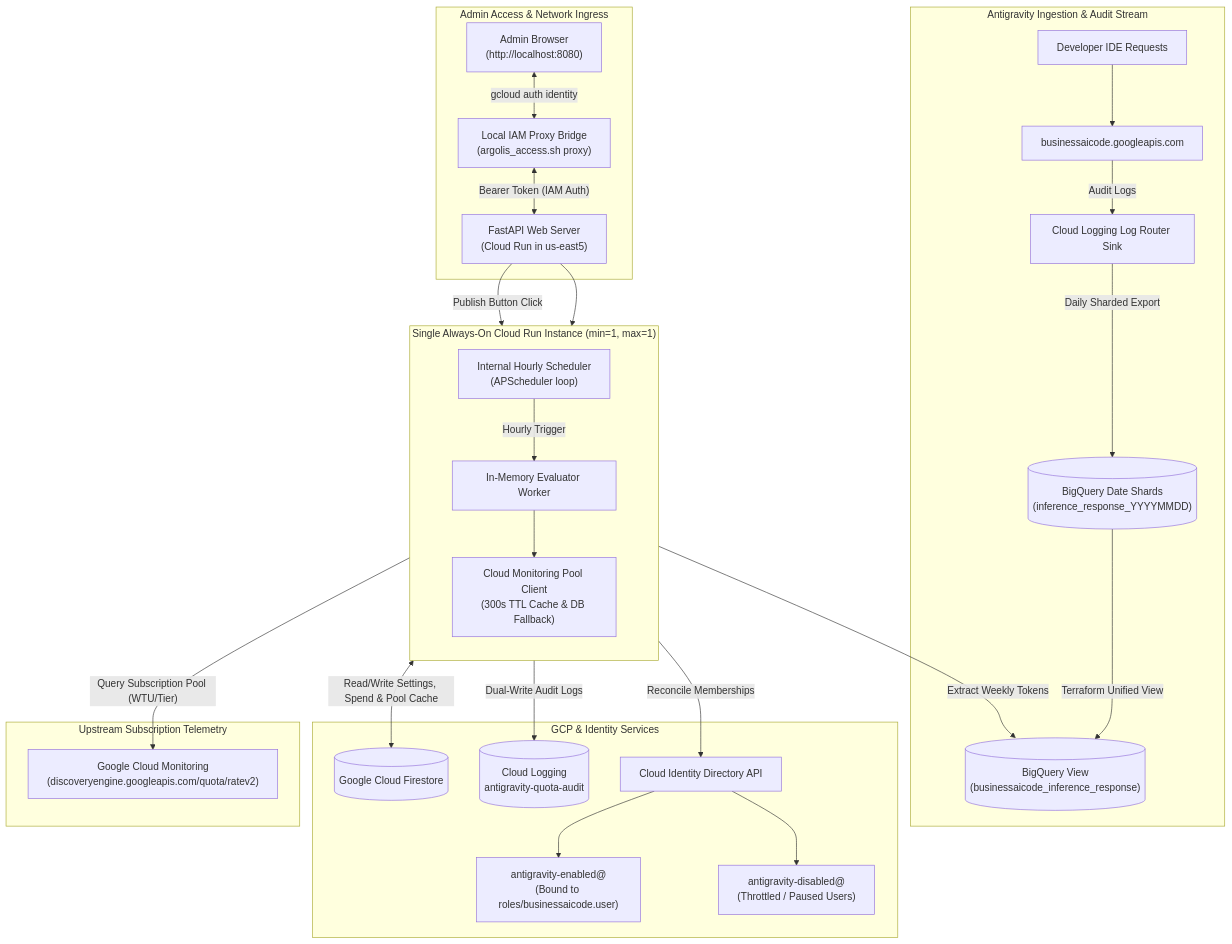
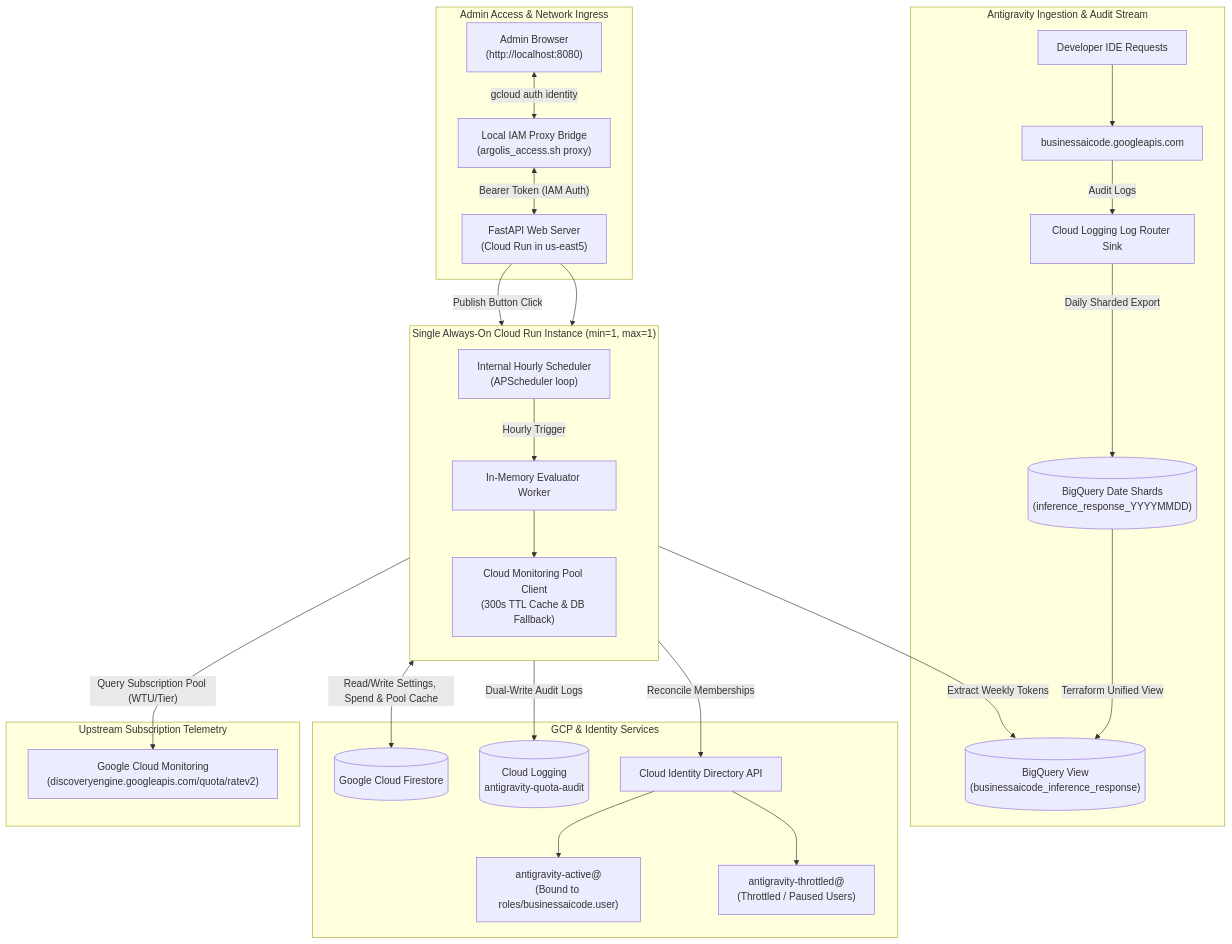
One commit to agentspace-ge/agy-quota-config-dash changed the first of 6 diagrams in SPECIFICATION.md. Above: the diagram before and after it, drawn with Mermaid. The commit also changed other lines of this file and 3 other files, not shown here.

Commit message:
docs: document Quota Groups architecture, 3-tier precedence, and gatekeeper groups

````diff
--- a/SPECIFICATION.md
+++ b/SPECIFICATION.md
@@ -24,39 +24,39 @@
 ```mermaid
 flowchart TD
     subgraph Antigravity ["Antigravity Ingestion & Audit Stream"]
         UserReq["Developer IDE Requests"] --> BAIC["businessaicode.googleapis.com"]
         BAIC -->|"Audit Logs"| LR["Cloud Logging Log Router Sink"]
         LR -->|"Daily Sharded Export"| BQ_SHARDS[("BigQuery Date Shards\n(inference_response_YYYYMMDD)")]
         BQ_SHARDS -->|"Terraform Unified View"| BQ[("BigQuery View\n(businessaicode_inference_response)")]
     end
 
     subgraph SubscriptionPool ["Upstream Subscription Telemetry"]
         CM["Google Cloud Monitoring\n(discoveryengine.googleapis.com/quota/ratev2)"]
     end
 
     subgraph AccessLayer ["Admin Access & Network Ingress"]
         AdminBrowser["Admin Browser\n(http://localhost:8080)"] <-->|"gcloud auth identity"| ProxyBridge["Local IAM Proxy Bridge\n(argolis_access.sh proxy)"]
         ProxyBridge <-->|"Bearer Token (IAM Auth)"| WebApp
     end
 
     subgraph SingleContainer ["Single Always-On Cloud Run Instance (min=1, max=1)"]
         direction TB
         WebApp["FastAPI Web Server\n(Cloud Run in us-east5)"]
         EmbeddedCron["Internal Hourly Scheduler\n(APScheduler loop)"] -->|"Hourly Trigger"| Evaluator["In-Memory Evaluator Worker"]
         WebApp -->|"Publish Button Click"| Evaluator
         PoolClient["Cloud Monitoring Pool Client\n(300s TTL Cache & DB Fallback)"]
         WebApp --> PoolClient
         Evaluator --> PoolClient
     end
 
     PoolClient -->|"Query Subscription Pool (WTU/Tier)"| CM
 
     subgraph ExternalBackends ["GCP & Identity Services"]
         Evaluator -->|"Extract Weekly Tokens"| BQ
         Evaluator <-->|"Read/Write Settings, Spend & Pool Cache"| FS[("Google Cloud Firestore")]
         Evaluator -->|"Dual-Write Audit Logs"| CL_AUDIT[("Cloud Logging\nantigravity-quota-audit")]
         Evaluator -->|"Reconcile Memberships"| CI_API["Cloud Identity Directory API"]
-        CI_API --> G_EN["antigravity-enabled@\n(Bound to roles/businessaicode.user)"]
-        CI_API --> G_DIS["antigravity-disabled@\n(Throttled / Paused Users)"]
+        CI_API --> G_EN["antigravity-active@\n(Bound to roles/businessaicode.user)"]
+        CI_API --> G_DIS["antigravity-throttled@\n(Throttled / Paused Users)"]
     end
 ```
````
